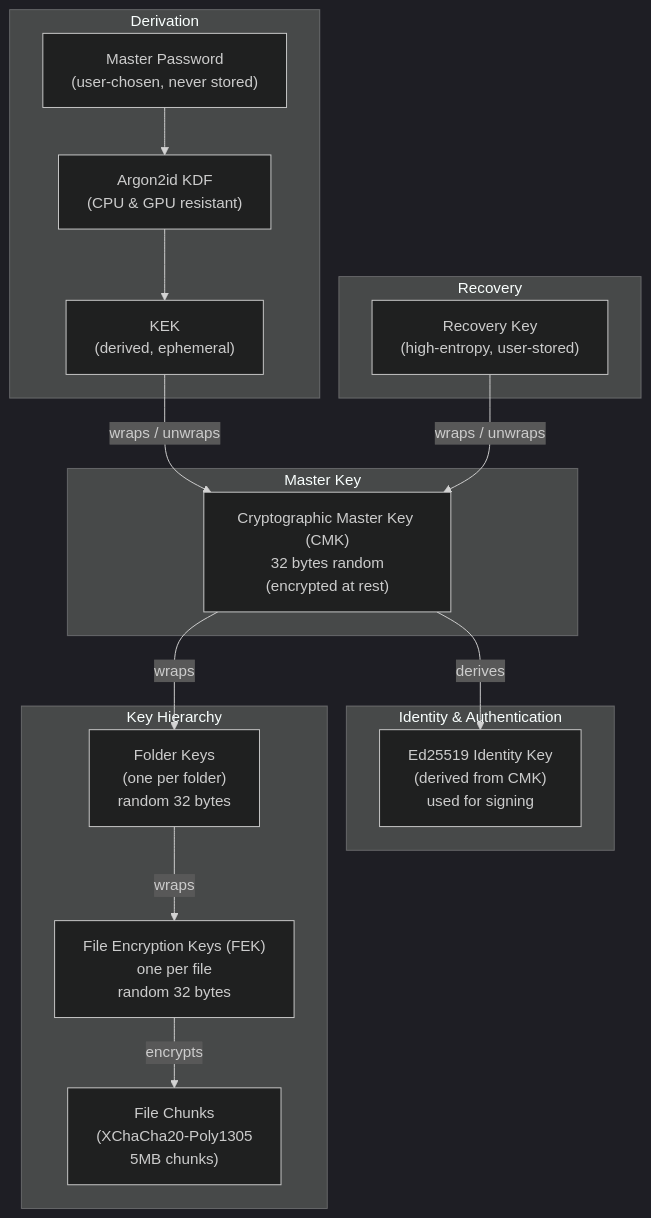
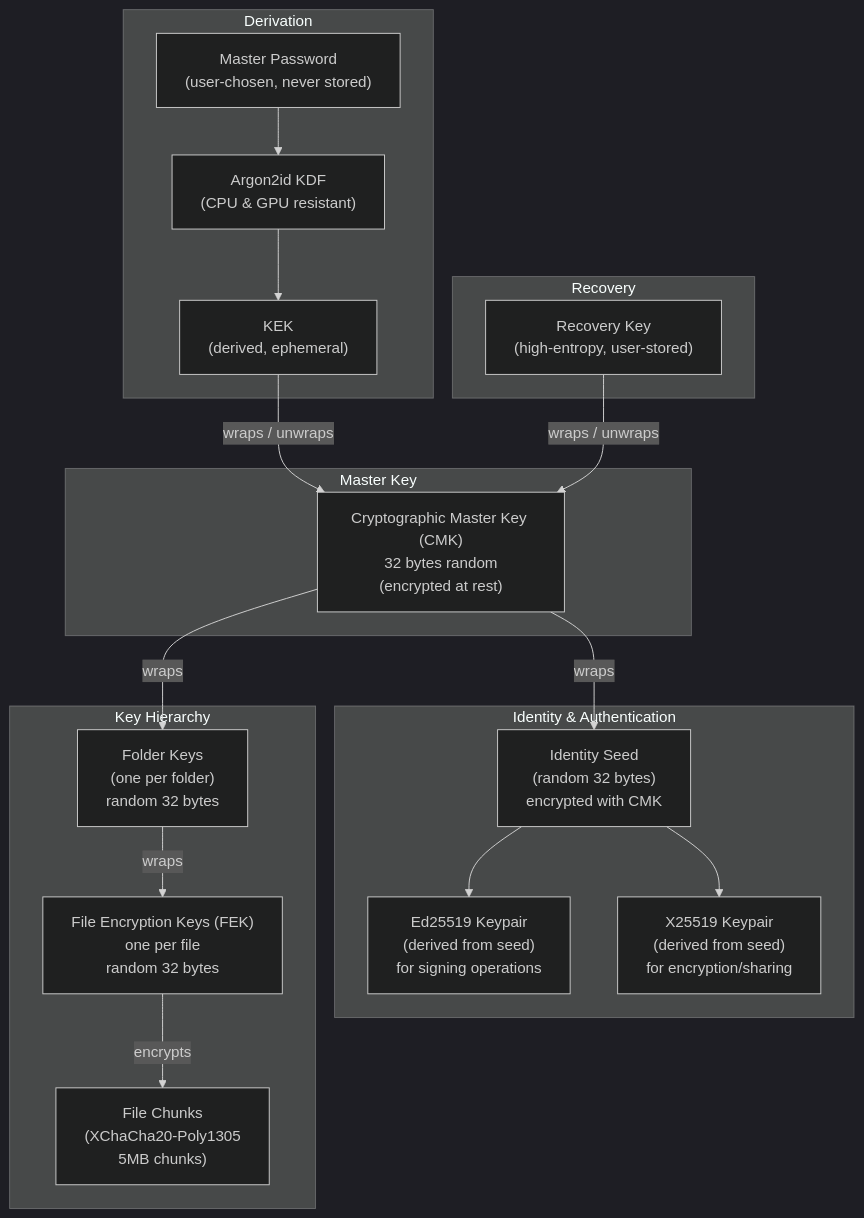
The first of 3 diagrams in docs/docs/security/encryption.md (AnonShell/agam-space), drawn with Mermaid (dark theme) before and after one commit. The commit also changed other lines of this file and 5 other files, not shown here.

````diff
--- a/docs/docs/security/encryption.md
+++ b/docs/docs/security/encryption.md
@@ -71,36 +71,41 @@
 ```mermaid
 flowchart TD
    subgraph Derivation["Derivation"]
     MP["Master Password<br/>(user-chosen, never stored)"]
     KDF["Argon2id KDF<br/>(CPU & GPU resistant)"]
     KEK["KEK<br/>(derived, ephemeral)"]
 
     MP --> KDF --> KEK
   end
 
   subgraph Recovery["Recovery"]
     RK["Recovery Key<br/>(high-entropy, user-stored)"]
   end
 
   subgraph Master_Key["Master Key"]
     CMK["Cryptographic Master Key (CMK)<br/>32 bytes random<br/>(encrypted at rest)"]
   end
 
   subgraph Identity["Identity & Authentication"]
-    IDK["Ed25519 Identity Key<br/>(derived from CMK)<br/>used for signing"]
+    IS["Identity Seed<br/>(random 32 bytes)<br/>encrypted with CMK"]
+    IDK_ED["Ed25519 Keypair<br/>(derived from seed)<br/>for signing operations"]
+    IDK_X["X25519 Keypair<br/>(derived from seed)<br/>for encryption/sharing"]
+
+    IS --> IDK_ED
+    IS --> IDK_X
   end
 
   subgraph Hierarchy["Key Hierarchy"]
     FK["Folder Keys<br/>(one per folder)<br/>random 32 bytes"]
     FEK["File Encryption Keys (FEK)<br/>one per file<br/>random 32 bytes"]
     FC["File Chunks<br/>(XChaCha20-Poly1305<br/> 5MB chunks)"]
 
     FK -->|wraps| FEK -->|encrypts| FC
   end
 
   KEK -->|wraps / unwraps| CMK
   RK -->|wraps / unwraps| CMK
 
+  CMK -->|wraps| IS
   CMK -->|wraps| FK
-  CMK -->|derives| IDK
 ```
````
